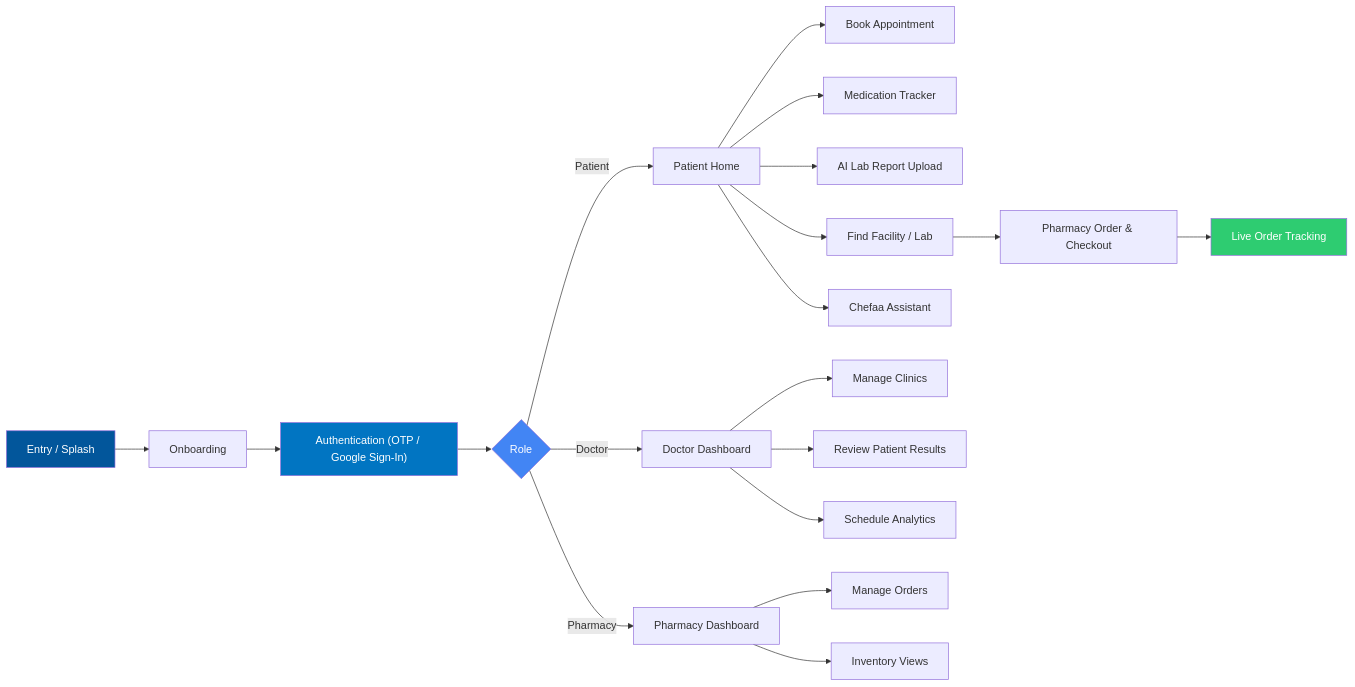
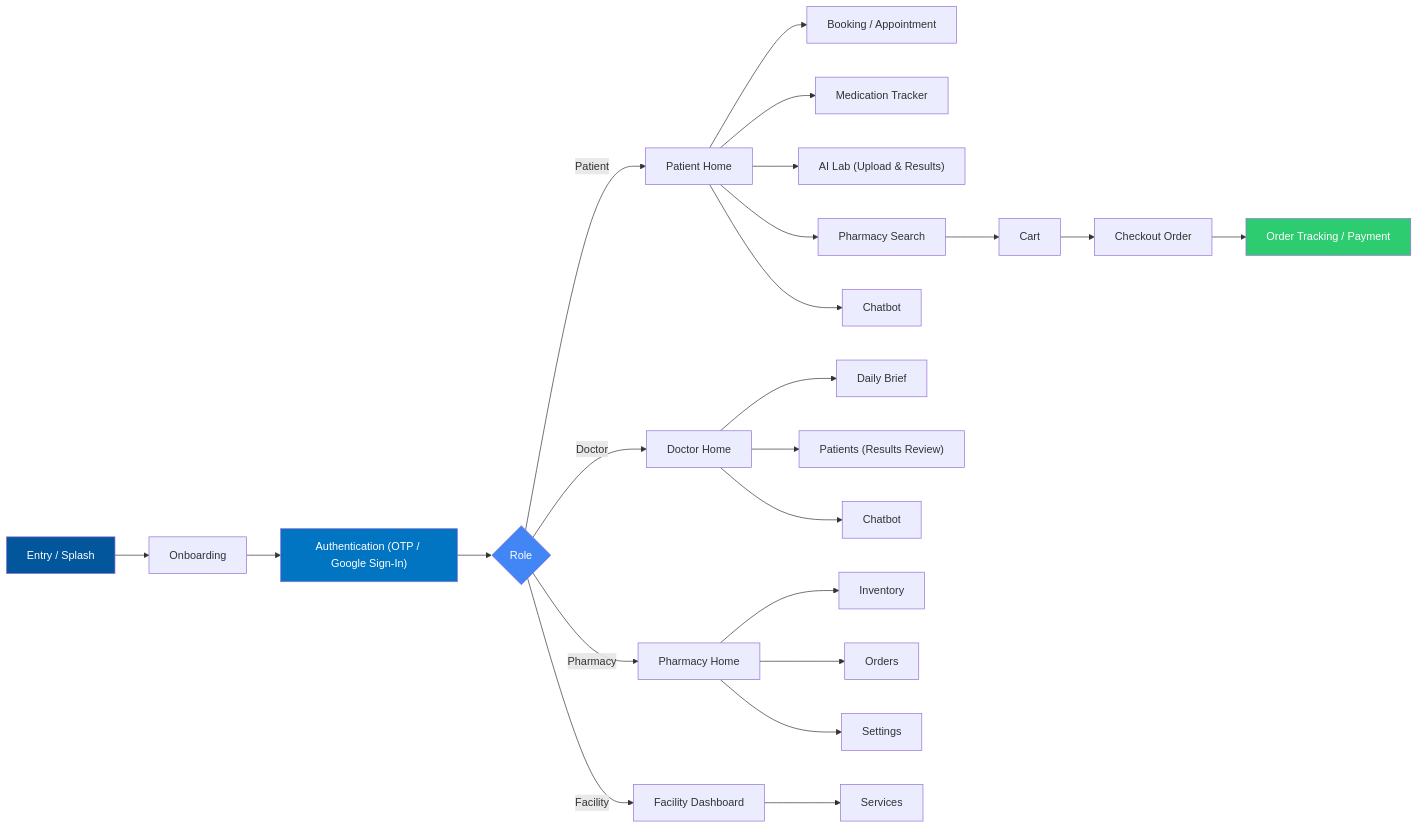
One commit to Emo2003/chefaa changed the second of 2 diagrams in README.md. Above: the diagram before and after it, drawn with Mermaid. The commit also changed other lines of this file, not shown here.

````diff
--- a/README.md
+++ b/README.md
@@ -210,29 +295,34 @@
 ```mermaid
 flowchart LR
     A["Entry / Splash"] --> B["Onboarding"]
     B --> C["Authentication (OTP / Google Sign-In)"]
     C --> D{Role}
     D -->|Patient| P["Patient Home"]
-    D -->|Doctor| Doc["Doctor Dashboard"]
-    D -->|Pharmacy| Ph["Pharmacy Dashboard"]
+    D -->|Doctor| Doc["Doctor Home"]
+    D -->|Pharmacy| Ph["Pharmacy Home"]
+    D -->|Facility| Fac["Facility Dashboard"]
 
-    P --> P1["Book Appointment"]
+    P --> P1["Booking / Appointment"]
     P --> P2["Medication Tracker"]
-    P --> P3["AI Lab Report Upload"]
-    P --> P4["Find Facility / Lab"]
-    P --> P5["Chefaa Assistant"]
-    P4 --> Order["Pharmacy Order & Checkout"]
-    Order --> Track["Live Order Tracking"]
+    P --> P3["AI Lab (Upload & Results)"]
+    P --> P4["Pharmacy Search"]
+    P --> P5["Chatbot"]
+    P4 --> Cart["Cart"]
+    Cart --> Checkout["Checkout Order"]
+    Checkout --> OrderTrack["Order Tracking / Payment"]
 
-    Doc --> Doc1["Manage Clinics"]
-    Doc --> Doc2["Review Patient Results"]
-    Doc --> Doc3["Schedule Analytics"]
+    Doc --> Doc1["Daily Brief"]
+    Doc --> Doc2["Patients (Results Review)"]
+    Doc --> Doc3["Chatbot"]
 
-    Ph --> Ph1["Manage Orders"]
-    Ph --> Ph2["Inventory Views"]
+    Ph --> Ph1["Inventory"]
+    Ph --> Ph2["Orders"]
+    Ph --> Ph3["Settings"]
+
+    Fac --> Fac1["Services"]
 
     style A fill:#02569B,color:#fff
     style C fill:#0175C2,color:#fff
     style D fill:#4285F4,color:#fff
-    style Track fill:#2ecc71,color:#fff
+    style OrderTrack fill:#2ecc71,color:#fff
 ```
````
